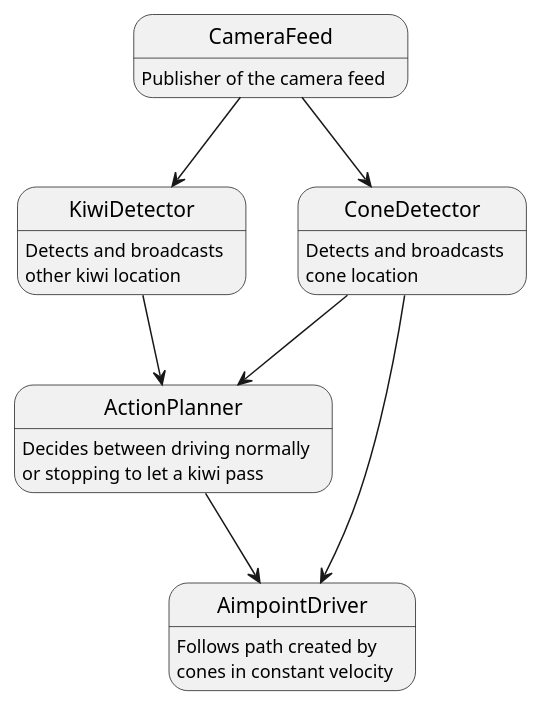
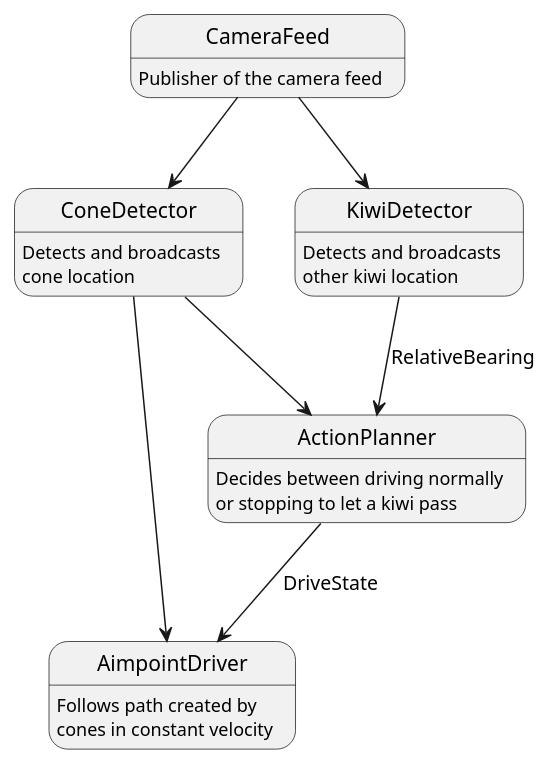
One commit to NinjaWazzzabi/tme290-group-10 changed the diagram in structure-overview.puml. Above: the diagram before and after it, drawn with PlantUML. The commit also changed 10 other files, not shown here.

```diff
--- a/structure-overview.puml
+++ b/structure-overview.puml
@@ -1,16 +1,17 @@
 @startuml Microservice
 
 state "CameraFeed" as cf       : Publisher of the camera feed
 state "ConeDetector" as cd     : Detects and broadcasts\ncone location
 state "KiwiDetector" as kd     : Detects and broadcasts\nother kiwi location
 state "ActionPlanner" as ap    : Decides between driving normally\nor stopping to let a kiwi pass
 state "AimpointDriver" as ad   : Follows path created by\ncones in constant velocity
 
 cf --> cd
 cf --> kd
-kd --> ap
+
+kd --> ap : RelativeBearing
 cd --> ap
-ap --> ad
+ap --> ad : DriveState
 cd --> ad
 
 @enduml Microservice
```
